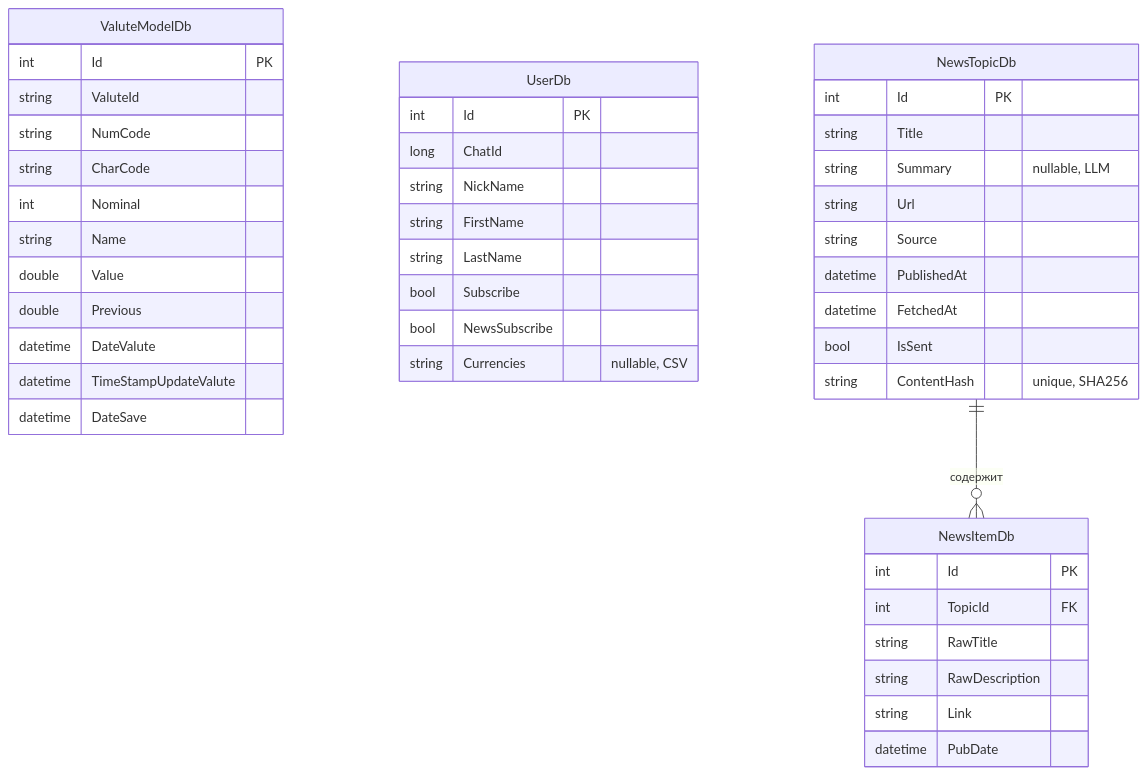
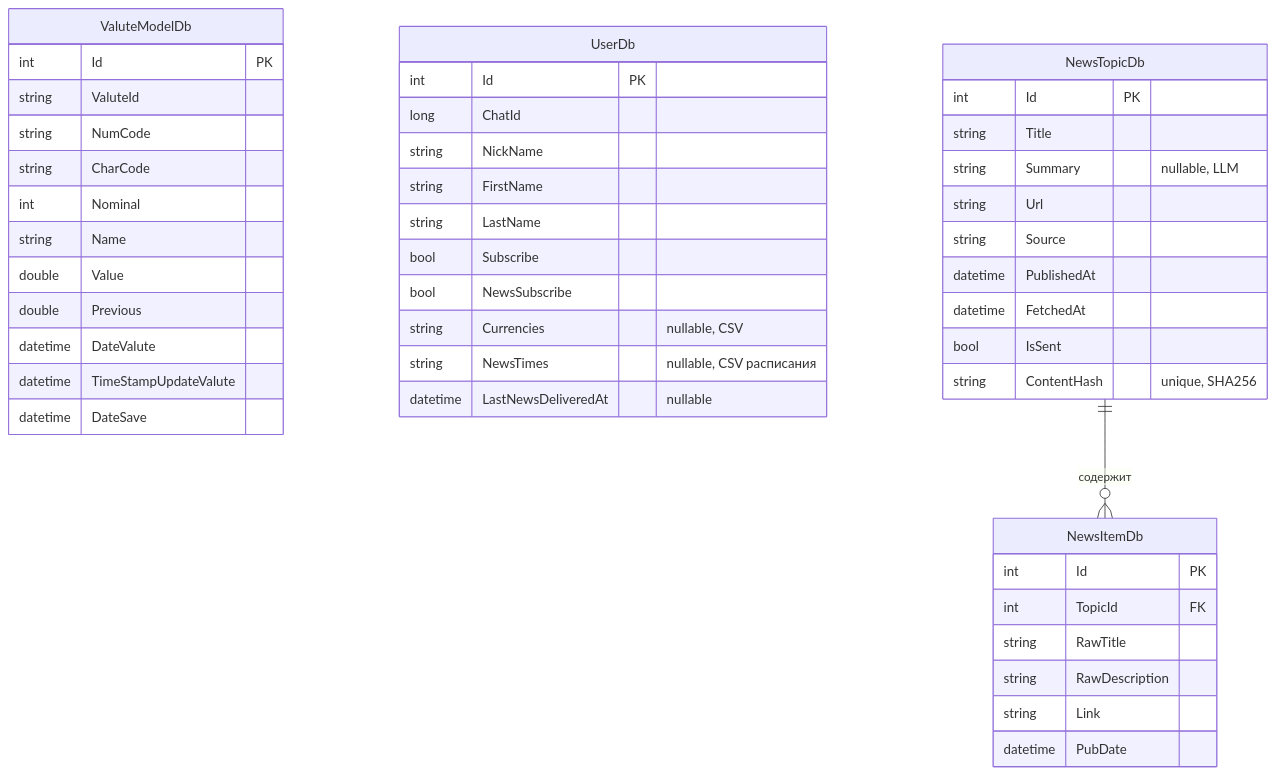
One commit to Jenausmax/ExchangeRates.Api changed diagram 14 of 20 in doc/architecture.md. Above: the diagram before and after it, drawn with Mermaid. The commit also changed other lines of this file and 2 other files, not shown here.

````diff
--- a/doc/architecture.md
+++ b/doc/architecture.md
@@ -689,50 +693,52 @@
 ```mermaid
 erDiagram
     ValuteModelDb {
         int Id PK
         string ValuteId
         string NumCode
         string CharCode
         int Nominal
         string Name
         double Value
         double Previous
         datetime DateValute
         datetime TimeStampUpdateValute
         datetime DateSave
     }
 
     UserDb {
         int Id PK
         long ChatId
         string NickName
         string FirstName
         string LastName
         bool Subscribe
         bool NewsSubscribe
         string Currencies "nullable, CSV"
+        string NewsTimes "nullable, CSV расписания"
+        datetime LastNewsDeliveredAt "nullable"
     }
 
     NewsTopicDb {
         int Id PK
         string Title
         string Summary "nullable, LLM"
         string Url
         string Source
         datetime PublishedAt
         datetime FetchedAt
         bool IsSent
         string ContentHash "unique, SHA256"
     }
 
     NewsItemDb {
         int Id PK
         int TopicId FK
         string RawTitle
         string RawDescription
         string Link
         datetime PubDate
     }
 
     NewsTopicDb ||--o{ NewsItemDb : "содержит"
 ```
````
